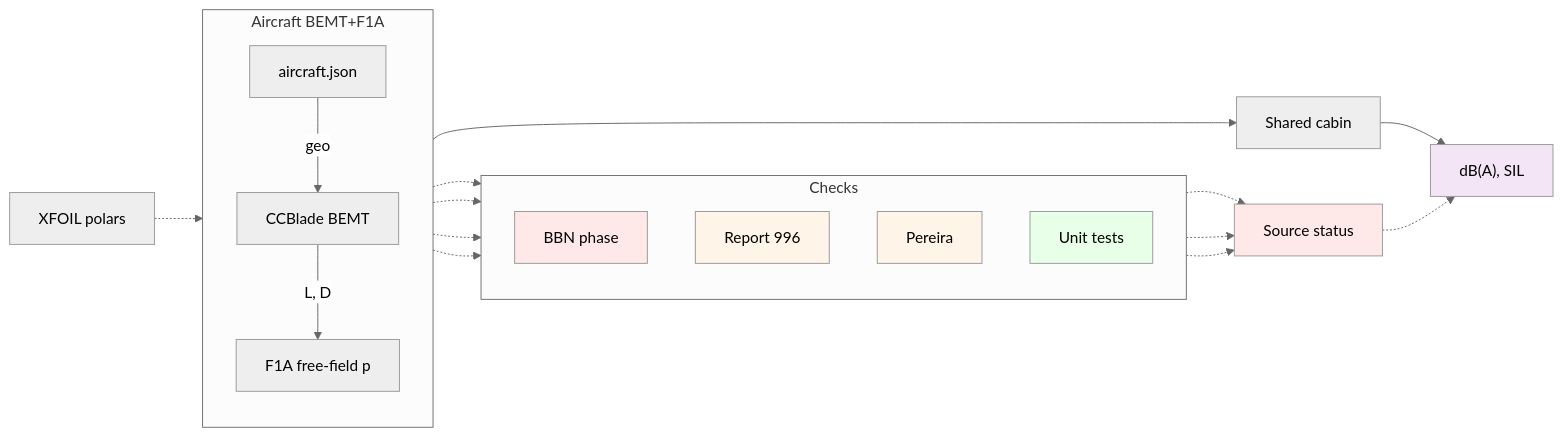
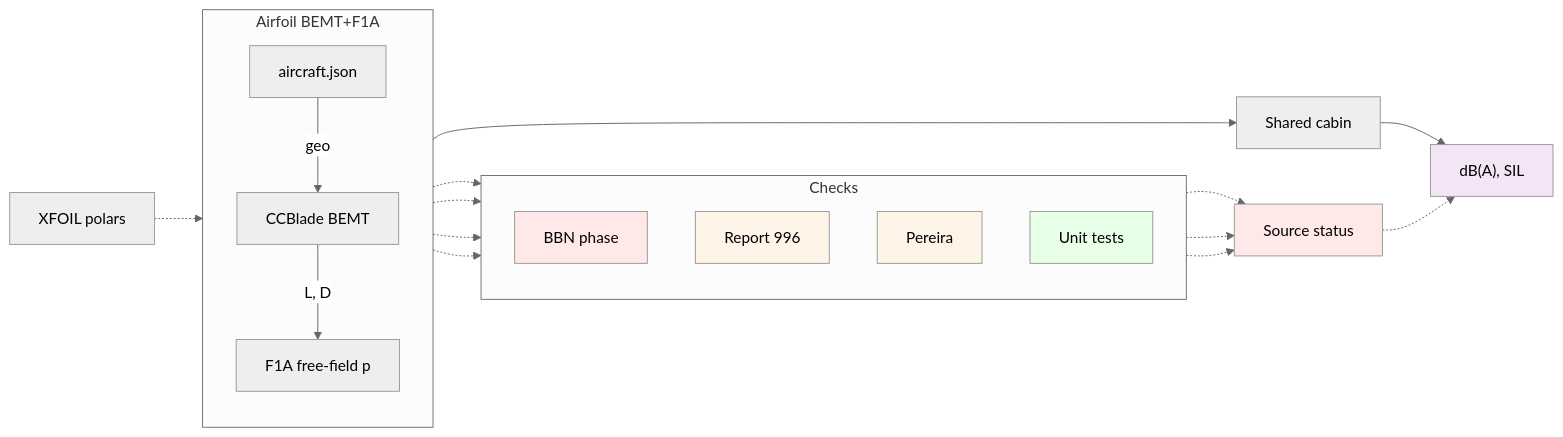
Before and after one commit to hoangf1/PAIN: the third of 5 diagrams in rea-work/docs/flowchart.md, drawn with Mermaid (neutral theme). The commit also changed other lines of this file and 79 other files, not shown here.

````diff
--- a/rea-work/docs/flowchart.md
+++ b/rea-work/docs/flowchart.md
@@ -187,39 +189,39 @@
 ```mermaid
 flowchart LR
   IN["XFOIL polars"]
 
-  subgraph FWD["Aircraft BEMT+F1A"]
+  subgraph FWD["Airfoil BEMT+F1A"]
     direction TB
     A1["aircraft.json"]
     A2["CCBlade BEMT"]
     A3["F1A free-field p"]
     A1 -->|geo| A2
     A2 -->|L, D| A3
   end
 
   subgraph CHK["Checks"]
     direction TB
     C1["BBN phase"]
     C2["Report 996"]
     C3["Pereira"]
     C4["Unit tests"]
   end
 
   CAB["Shared cabin"]
   APP["dB(A), SIL"]
   ST["Source status"]
 
   IN -.-> A1
   A3 --> CAB
   A3 -.-> C1 & C2 & C3 & C4
   CAB --> APP
   C1 & C2 & C3 -.-> ST
   ST -.-> APP
 
   style C1 fill:#ffe8e8
   style C2 fill:#fff4e8
   style C3 fill:#fff4e8
   style C4 fill:#e8ffe8
   style ST fill:#ffe8e8
   style APP fill:#f3e5f5
 ```
````
